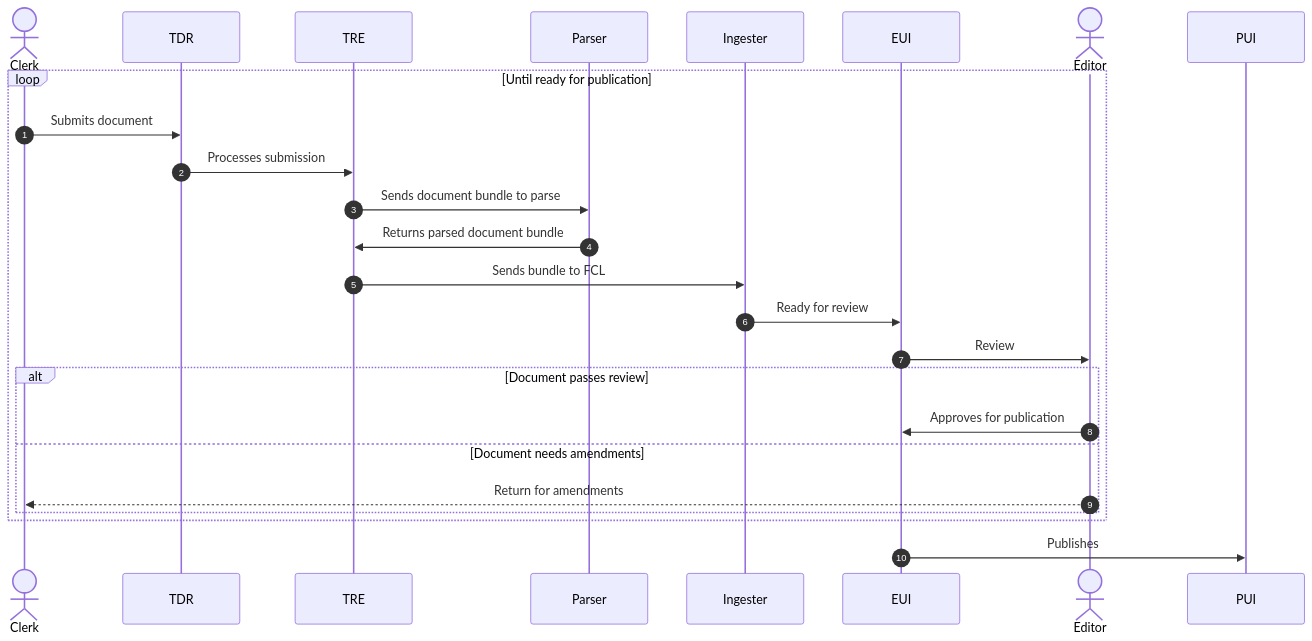
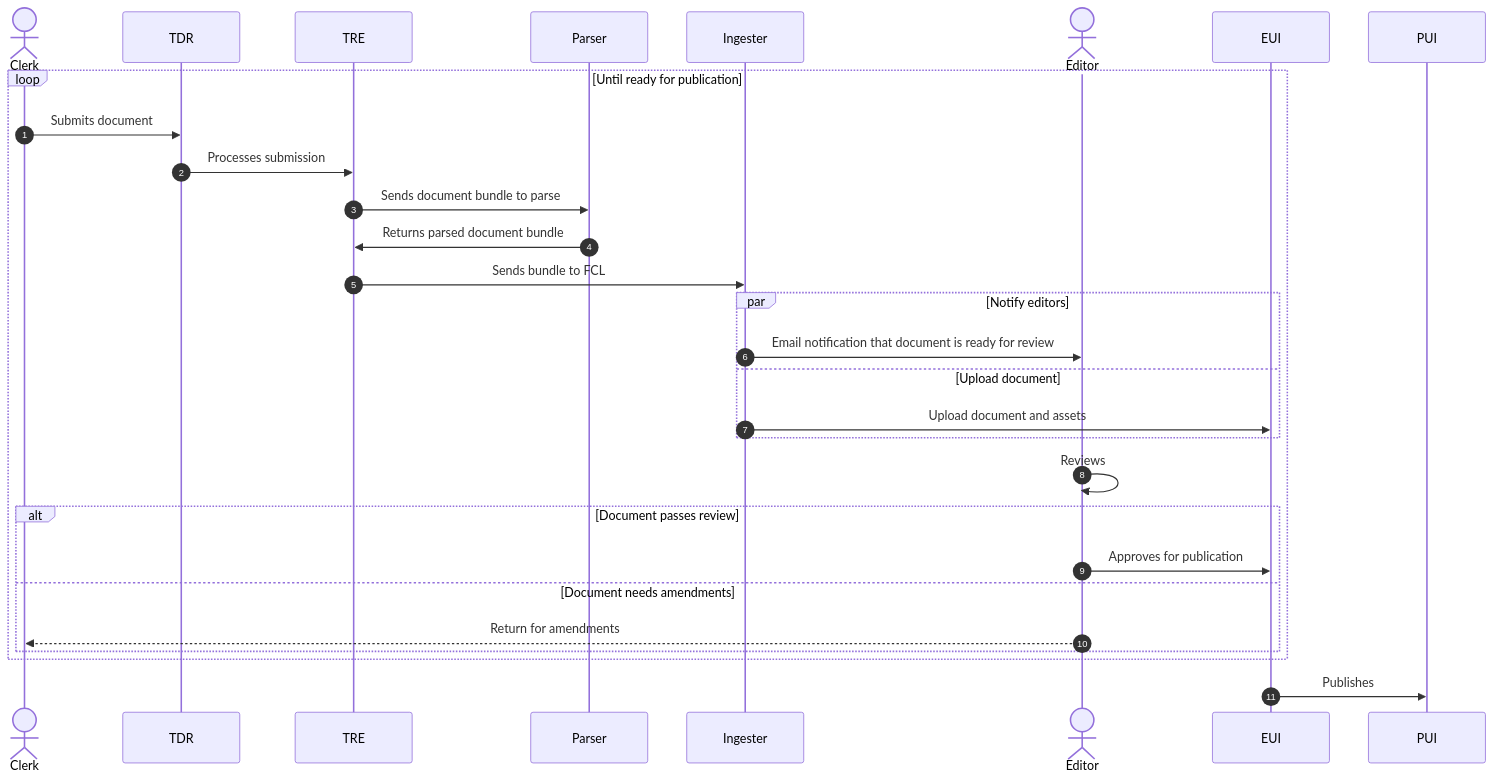
The diagram in doc/workflow/overview.md (nationalarchives/ds-find-caselaw-docs), drawn with Mermaid before and after one commit.

Commit message:
Refine workflow overview sequence
This has some amendments suggested by @dragon-dxw to clarify the interaction between the editor and EUI, and to include notifications.

````diff
--- a/doc/workflow/overview.md
+++ b/doc/workflow/overview.md
@@ -5,29 +5,33 @@
 ``` mermaid
 sequenceDiagram
   autonumber
 
   actor Clerk
   participant TDR
   participant TRE
   participant Parser
   participant Ingester
+  actor Editor
   participant EUI
-  actor Editor
   participant PUI
 
   loop Until ready for publication
     Clerk->>TDR: Submits document
     TDR->>TRE: Processes submission
     TRE->>Parser: Sends document bundle to parse
     Parser->>TRE: Returns parsed document bundle
     TRE->>Ingester: Sends bundle to FCL
-    Ingester->>EUI: Ready for review
-    EUI->>Editor: Review
+    par Notify editors
+      Ingester->>Editor: Email notification that document is ready for review
+    and Upload document
+      Ingester->>EUI: Upload document and assets
+    end
+    Editor->>Editor: Reviews
     alt Document passes review
       Editor->>EUI: Approves for publication
     else Document needs amendments
       Editor-->>Clerk: Return for amendments
     end
   end
   EUI->>PUI: Publishes
 ```
````
